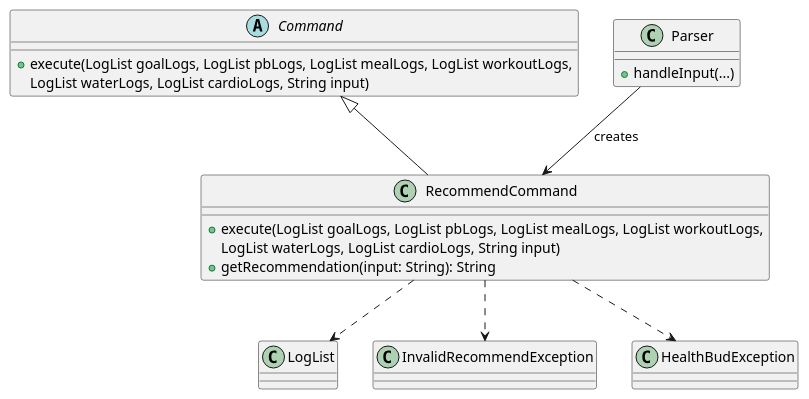
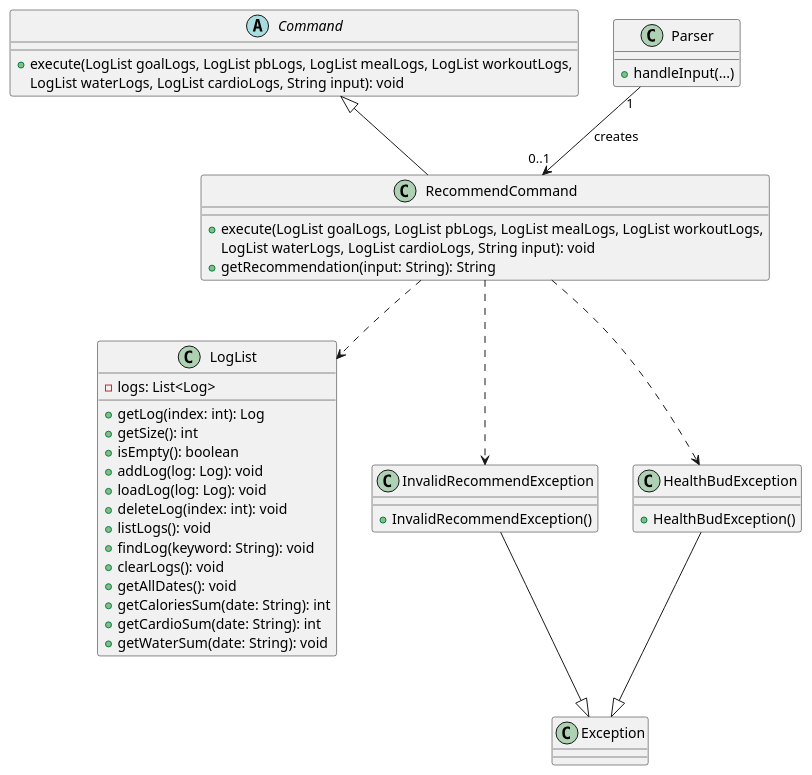
The diagram in docs/Diagrams/RecommendCD.puml (Jasonlobo21/tp), drawn with PlantUML before and after one commit. The commit also changed 1 other file, not shown here.

Commit message:
update CD and SD for recommendCommand

```diff
--- a/docs/Diagrams/RecommendCD.puml
+++ b/docs/Diagrams/RecommendCD.puml
@@ -1,32 +1,73 @@
 @startuml
 'https://plantuml.com/class-diagram
 
+/' dependency: parameter, return type, local variable, or exception thrown '/
+/' inheritance: once got extend means inheritance i think '/
+/' navigability: means A create B or smthing'/
+
+/'
+--|> inheritance
+--> navigability/association
+..> dependency
+'/
+
 abstract class Command {
     +execute(LogList goalLogs, LogList pbLogs, LogList mealLogs, LogList workoutLogs,
-             LogList waterLogs, LogList cardioLogs, String input)
+             LogList waterLogs, LogList cardioLogs, String input): void
 }
 
 class RecommendCommand {
     +execute(LogList goalLogs, LogList pbLogs, LogList mealLogs, LogList workoutLogs,
-                          LogList waterLogs, LogList cardioLogs, String input)
+                          LogList waterLogs, LogList cardioLogs, String input): void
     +getRecommendation(input: String): String
 }
 
 Command <|-- RecommendCommand
 
 class Parser {
     +handleInput(...)
 }
 
-Parser --> RecommendCommand : creates
+Parser "1" --> "0..1" RecommendCommand : creates
 
 class LogList
 
 class InvalidRecommendException
 class HealthBudException
 
+class LogList {
+    -logs: List<Log>
+
+    +getLog(index: int): Log
+    +getSize(): int
+    +isEmpty(): boolean
+    +addLog(log: Log): void
+    +loadLog(log: Log): void
+    +deleteLog(index: int): void
+    +listLogs(): void
+    +findLog(keyword: String): void
+    +clearLogs(): void
+    +getAllDates(): void
+    +getCaloriesSum(date: String): int
+    +getCardioSum(date: String): int
+    +getWaterSum(date: String): void
+}
+
+class InvalidRecommendException {
+    +InvalidRecommendException()
+}
+
+class HealthBudException {
+    +HealthBudException()
+}
+
+/'inheritance'/
+InvalidRecommendException --|> Exception
+HealthBudException --|> Exception
+
+/'dependency'/
 RecommendCommand ..> LogList
 RecommendCommand ..> InvalidRecommendException
 RecommendCommand ..> HealthBudException
 
 @enduml
```
